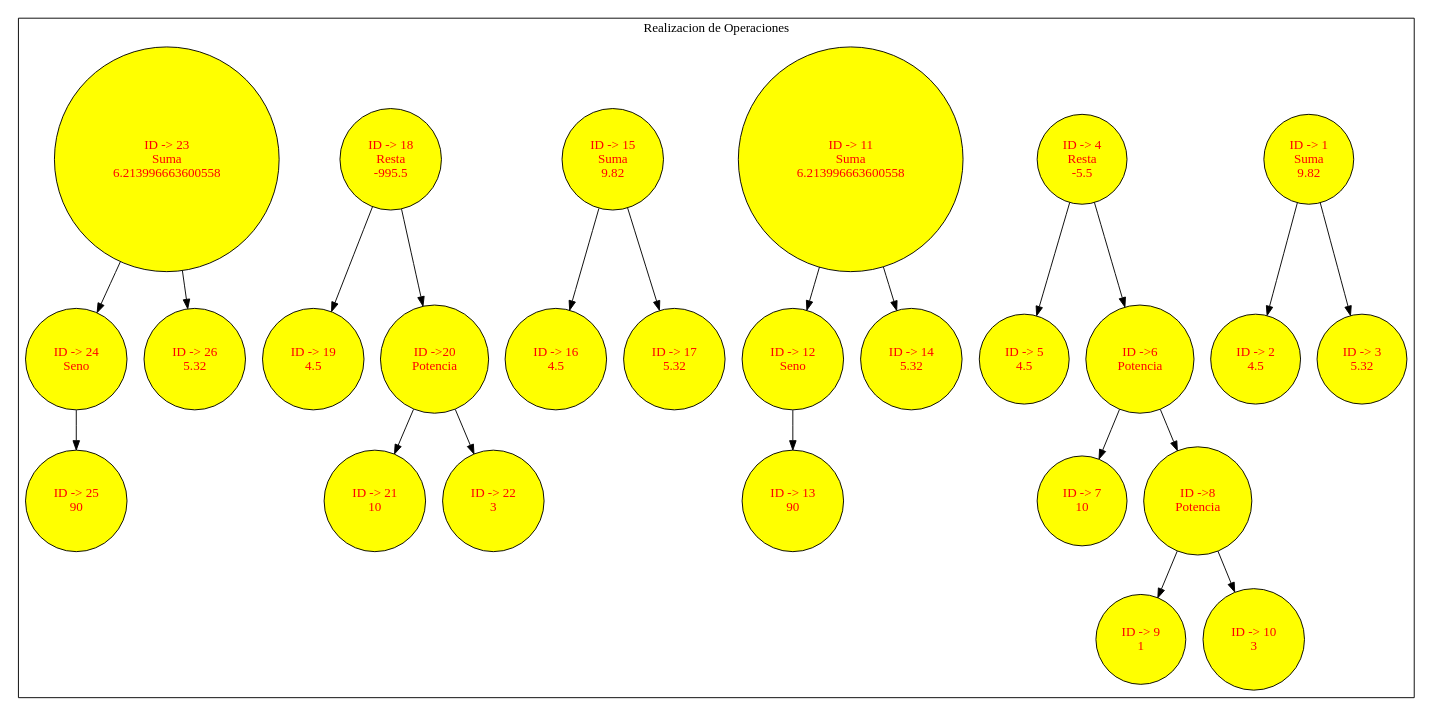
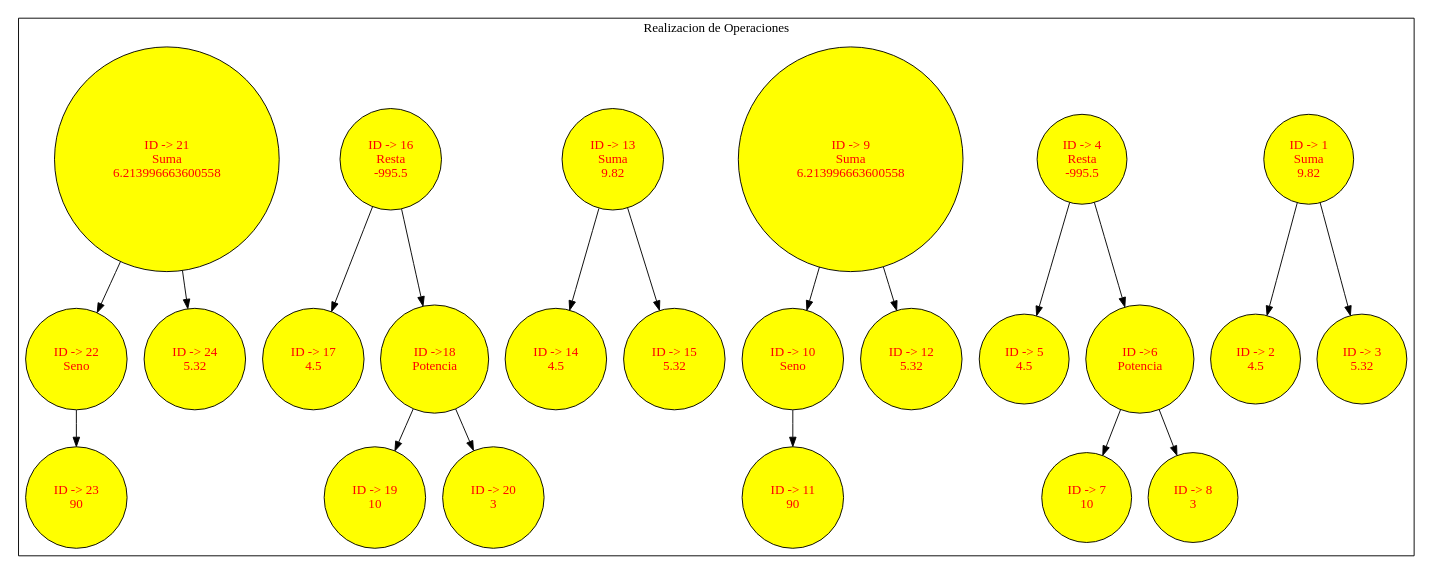
Before and after one commit to DevAndyMacnab/Analizador-Lexico: the diagram in RESULTADOS_202111490.gv, drawn with Graphviz. The commit also changed 13 other files, not shown here.

```diff
--- a/RESULTADOS_202111490.gv
+++ b/RESULTADOS_202111490.gv
@@ -1,79 +1,73 @@
 digraph {
 	subgraph cluster_0 {
 		label="Realizacion de Operaciones"
 		rank=same
 		node [fillcolor=yellow fontcolor=red shape=circle style=filled]
 		"ID -> 1
 Suma 
  9.82" -> "ID -> 2
 4.5"
 		"ID -> 1
 Suma 
  9.82" -> "ID -> 3
 5.32"
 		"ID -> 4
 Resta 
- -5.5" -> "ID -> 5
+ -995.5" -> "ID -> 5
 4.5"
 		"ID -> 4
 Resta 
- -5.5" -> "ID ->6
+ -995.5" -> "ID ->6
  Potencia"
 		"ID ->6
  Potencia" -> "ID -> 7
 10"
 		"ID ->6
- Potencia" -> "ID ->8
- Potencia"
-		"ID ->8
- Potencia" -> "ID -> 9
-1"
-		"ID ->8
- Potencia" -> "ID -> 10
+ Potencia" -> "ID -> 8
 3"
-		"ID -> 11
+		"ID -> 9
+Suma 
+ 6.213996663600558" -> "ID -> 10
+Seno"
+		"ID -> 10
+Seno" -> "ID -> 11
+90"
+		"ID -> 9
 Suma 
  6.213996663600558" -> "ID -> 12
+5.32"
+		"ID -> 13
+Suma 
+ 9.82" -> "ID -> 14
+4.5"
+		"ID -> 13
+Suma 
+ 9.82" -> "ID -> 15
+5.32"
+		"ID -> 16
+Resta 
+ -995.5" -> "ID -> 17
+4.5"
+		"ID -> 16
+Resta 
+ -995.5" -> "ID ->18
+ Potencia"
+		"ID ->18
+ Potencia" -> "ID -> 19
+10"
+		"ID ->18
+ Potencia" -> "ID -> 20
+3"
+		"ID -> 21
+Suma 
+ 6.213996663600558" -> "ID -> 22
 Seno"
-		"ID -> 12
-Seno" -> "ID -> 13
+		"ID -> 22
+Seno" -> "ID -> 23
 90"
-		"ID -> 11
-Suma 
- 6.213996663600558" -> "ID -> 14
-5.32"
-		"ID -> 15
-Suma 
- 9.82" -> "ID -> 16
-4.5"
-		"ID -> 15
-Suma 
- 9.82" -> "ID -> 17
-5.32"
-		"ID -> 18
-Resta 
- -995.5" -> "ID -> 19
-4.5"
-		"ID -> 18
-Resta 
- -995.5" -> "ID ->20
- Potencia"
-		"ID ->20
- Potencia" -> "ID -> 21
-10"
-		"ID ->20
- Potencia" -> "ID -> 22
-3"
-		"ID -> 23
+		"ID -> 21
 Suma 
  6.213996663600558" -> "ID -> 24
-Seno"
-		"ID -> 24
-Seno" -> "ID -> 25
-90"
-		"ID -> 23
-Suma 
- 6.213996663600558" -> "ID -> 26
 5.32"
 	}
 }
```
